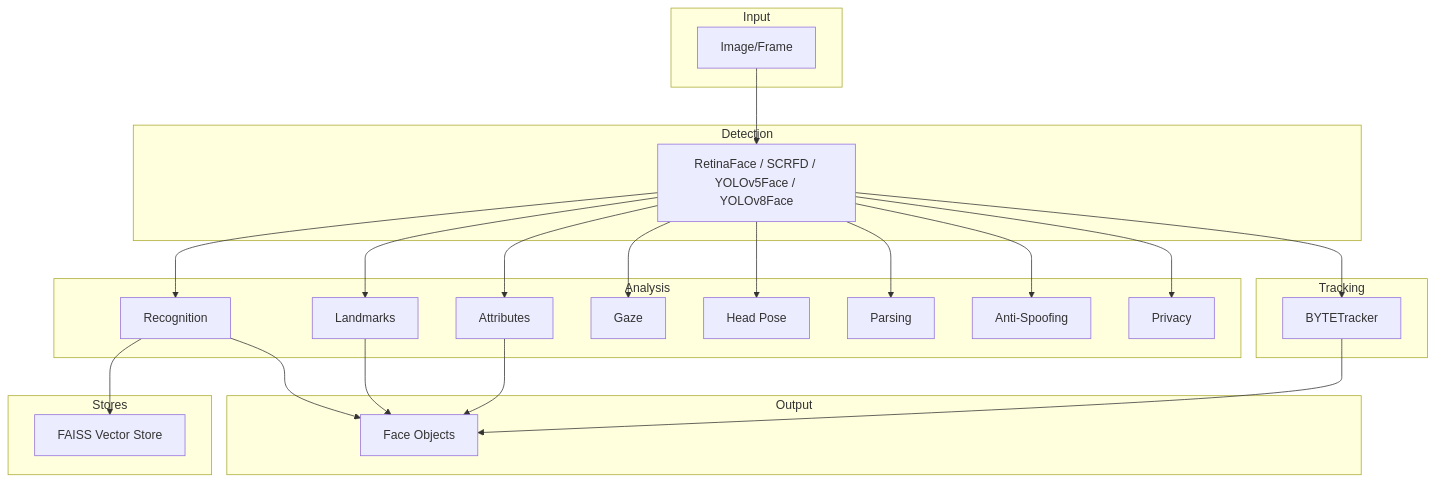
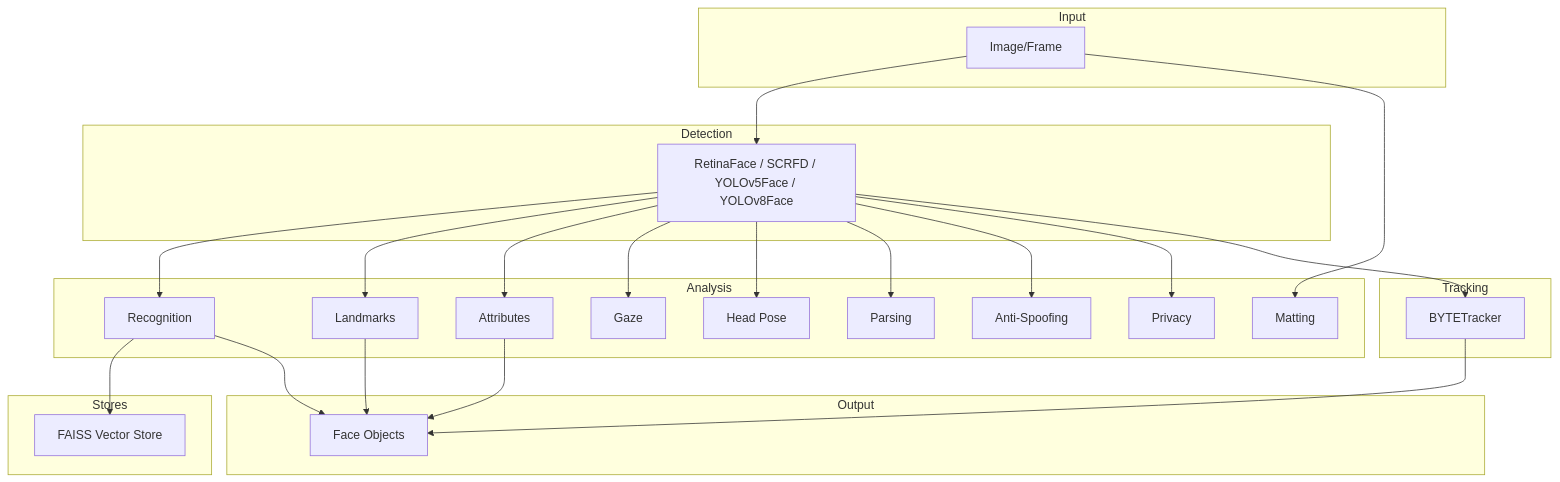
The diagram in docs/concepts/overview.md (yakhyo/uniface), drawn with Mermaid before and after one commit. The commit also changed other lines of this file and 16 other files, not shown here.

````diff
--- a/docs/concepts/overview.md
+++ b/docs/concepts/overview.md
@@ -11,49 +11,51 @@
 ```mermaid
 graph TB
     subgraph Input
         IMG[Image/Frame]
     end
 
     subgraph Detection
         DET[RetinaFace / SCRFD / YOLOv5Face / YOLOv8Face]
     end
 
     subgraph Analysis
         REC[Recognition]
         LMK[Landmarks]
         ATTR[Attributes]
         GAZE[Gaze]
         HPOSE[Head Pose]
         PARSE[Parsing]
         SPOOF[Anti-Spoofing]
+        MATT[Matting]
         PRIV[Privacy]
     end
 
     subgraph Tracking
         TRK[BYTETracker]
     end
 
     subgraph Stores
         IDX[FAISS Vector Store]
     end
 
     subgraph Output
         FACE[Face Objects]
     end
 
     IMG --> DET
+    IMG --> MATT
     DET --> REC
     DET --> LMK
     DET --> ATTR
     DET --> GAZE
     DET --> HPOSE
     DET --> PARSE
     DET --> SPOOF
     DET --> PRIV
     DET --> TRK
     REC --> IDX
     REC --> FACE
     LMK --> FACE
     ATTR --> FACE
     TRK --> FACE
 ```
````
